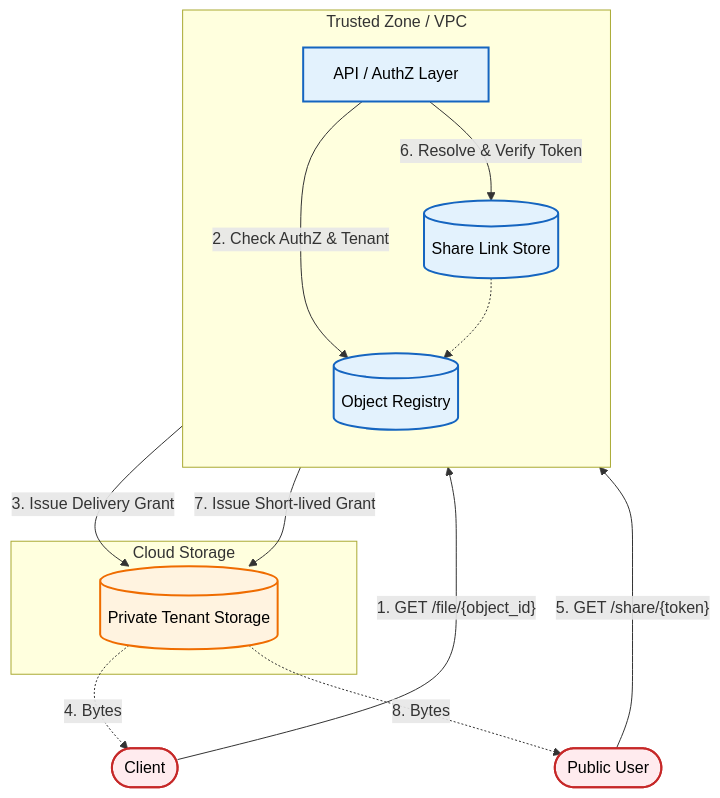
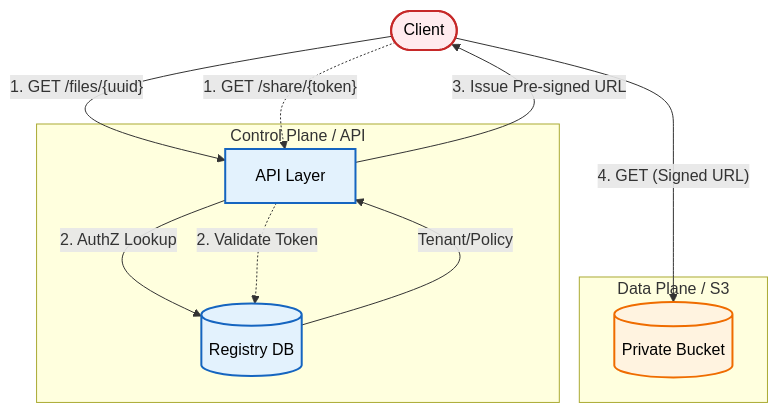
Before and after one commit to maheshkukreja/secure-patterns: the diagram in patterns/multi_tenant_file_sharing/README.md, drawn with Mermaid.

Commit message:
update mermaid

````diff
--- a/patterns/multi_tenant_file_sharing/README.md
+++ b/patterns/multi_tenant_file_sharing/README.md
@@ -13,39 +13,34 @@
 ```mermaid
 flowchart TD
-    %% Styling for clarity
+    %% Styling
     classDef untrusted fill:#ffebee,stroke:#c62828,stroke-width:2px,color:black;
-    classDef trusted fill:#e3f2fd,stroke:#1565c0,stroke-width:2px,color:black;
+    classDef control fill:#e3f2fd,stroke:#1565c0,stroke-width:2px,color:black;
     classDef storage fill:#fff3e0,stroke:#ef6c00,stroke-width:2px,color:black;
 
-    %% --- External World ---
     Client([Client]):::untrusted
-    PublicUser([Public User]):::untrusted
 
-    %% --- Trusted Infrastructure ---
-    subgraph Trusted_Zone [Trusted Zone / VPC]
-        direction TB
-        API[API / AuthZ Layer]:::trusted
-        Registry[(Object Registry)]:::trusted
-        Links[(Share Link Store)]:::trusted
+    subgraph Control_Plane [Control Plane / API]
+        API[API Layer]:::control
+        Registry[(Registry DB)]:::control
     end
 
-    %% --- Data Plane ---
-    subgraph Data_Plane [Cloud Storage]
-        Private_Store[(Private Tenant Storage)]:::storage
+    subgraph Data_Plane [Data Plane / S3]
+        Storage[(Private Bucket)]:::storage
     end
 
-    %% --- The Flows ---
+    %% Standard Flow
+    Client -- "1. GET /files/{uuid}" --> API
+    API -- "2. AuthZ Lookup" --> Registry
+    Registry -- "Tenant/Policy" --> API
+    API -- "3. Issue Pre-signed URL" --> Client
+
+    %% Share Link Flow
+    Client -. "1. GET /share/{token}" .-> API
+    API -. "2. Validate Token" .-> Registry
     
-    %% Standard Access
-    Client -- "1. GET /file/{object_id}" --> API
-    API -- "2. Check AuthZ & Tenant" --> Registry
-    API -- "3. Issue Delivery Grant" --> Private_Store
-    Private_Store -. "4. Bytes" .-> Client
+    %% Download
+    Client -- "4. GET (Signed URL)" --> Storage
 
-    %% Shared Link Access
-    PublicUser -- "5. GET /share/{token}" --> API
-    API -- "6. Resolve & Verify Token" --> Links
-    Links -.-> Registry
-    API -- "7. Issue Short-lived Grant" --> Private_Store
-    Private_Store -. "8. Bytes" .-> PublicUser
+    %% Layout hints
+    Control_Plane ~~~ Data_Plane
 ```
````
